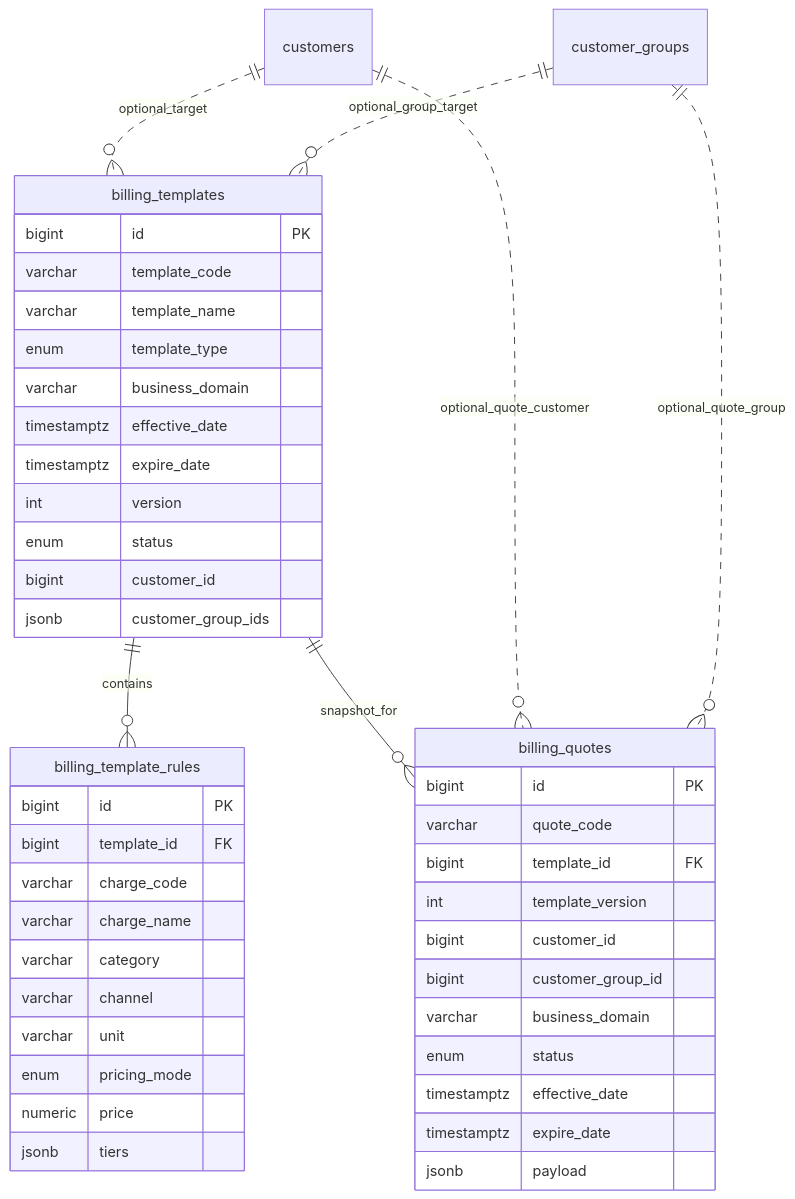
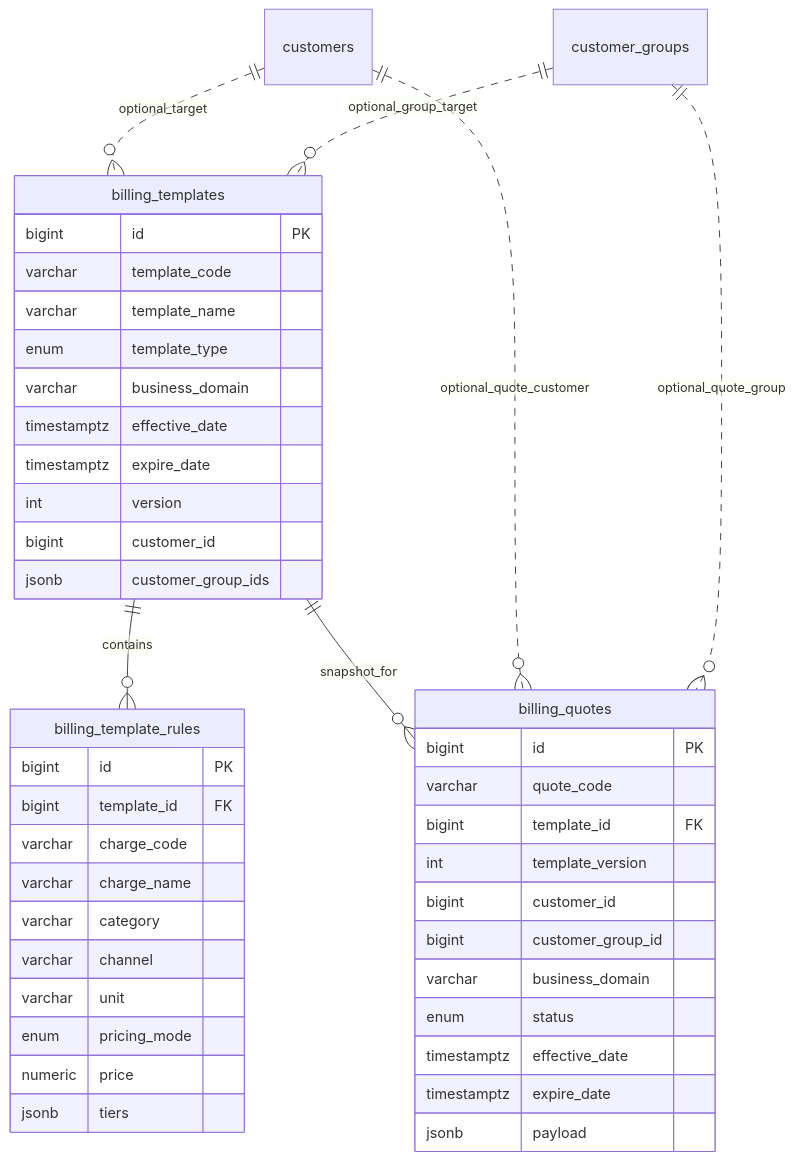
One commit to bplogix/warehouse-billing changed the diagram in backend/docs/billing-backend-dev.md. Above: the diagram before and after it, drawn with Mermaid. The commit also changed other lines of this file and 14 other files, not shown here.

````diff
--- a/backend/docs/billing-backend-dev.md
+++ b/backend/docs/billing-backend-dev.md
@@ -91,48 +98,47 @@
 ```mermaid
 erDiagram
     billing_templates ||--o{ billing_template_rules : contains
     billing_templates ||--o{ billing_quotes : snapshot_for
     customers ||..o{ billing_templates : optional_target
     customer_groups ||..o{ billing_templates : optional_group_target
     customers ||..o{ billing_quotes : optional_quote_customer
     customer_groups ||..o{ billing_quotes : optional_quote_group
 
     billing_templates {
         bigint id PK
         varchar template_code
         varchar template_name
         enum template_type
         varchar business_domain
         timestamptz effective_date
         timestamptz expire_date
         int version
-        enum status
         bigint customer_id
         jsonb customer_group_ids
     }
     billing_template_rules {
         bigint id PK
         bigint template_id FK
         varchar charge_code
         varchar charge_name
         varchar category
         varchar channel
         varchar unit
         enum pricing_mode
         numeric price
         jsonb tiers
     }
     billing_quotes {
         bigint id PK
         varchar quote_code
         bigint template_id FK
         int template_version
         bigint customer_id
         bigint customer_group_id
         varchar business_domain
         enum status
         timestamptz effective_date
         timestamptz expire_date
         jsonb payload
     }
 ```
````
